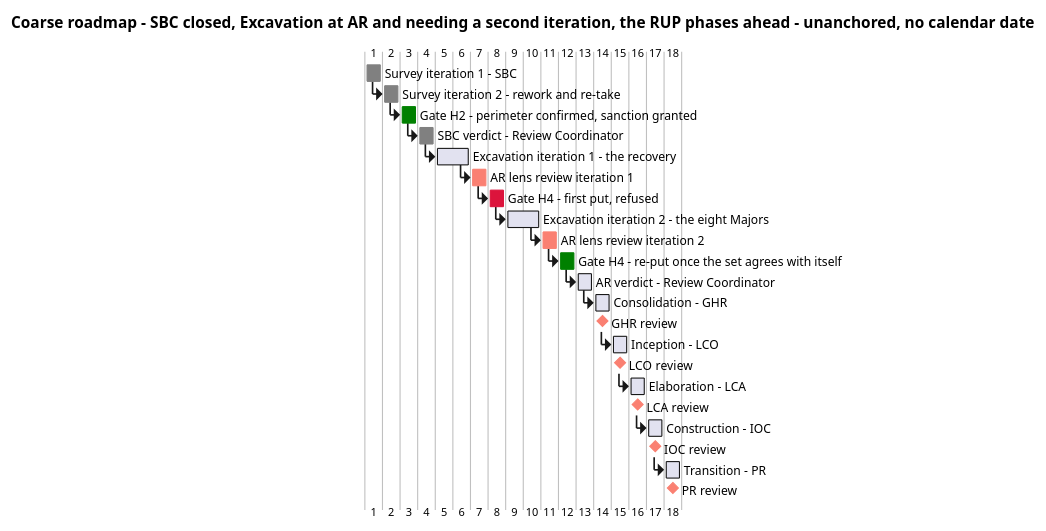
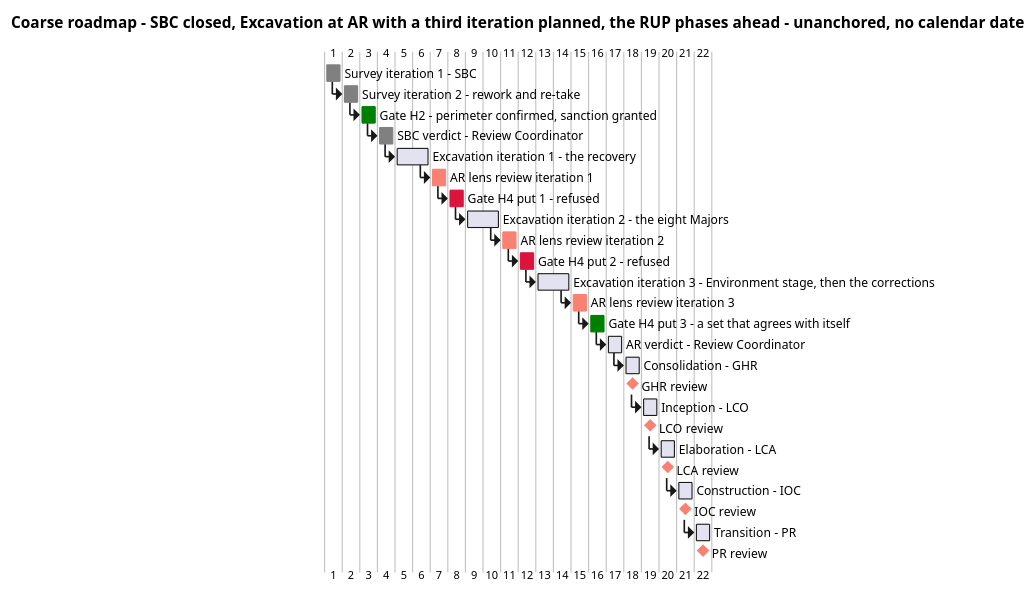
One commit to banense-test/TodoApp changed the first of 10 diagrams in docs/artifacts/project-management/iteration-plan.md. Above: the diagram before and after it, drawn with PlantUML. The commit also changed other lines of this file, not shown here.

First line of the commit message:
Project Manager [Excavation2]: upsert Iteration Plan

````diff
--- a/docs/artifacts/project-management/iteration-plan.md
+++ b/docs/artifacts/project-management/iteration-plan.md
@@ -30,55 +30,63 @@
 ```plantuml
 @startgantt
-title Coarse roadmap - SBC closed, Excavation at AR and needing a second iteration, the RUP phases ahead - unanchored, no calendar date
+title Coarse roadmap - SBC closed, Excavation at AR with a third iteration planned, the RUP phases ahead - unanchored, no calendar date
 
 [Survey iteration 1 - SBC] lasts 1 day
 [Survey iteration 1 - SBC] is colored in Gray
 [Survey iteration 2 - rework and re-take] lasts 1 day
 [Survey iteration 2 - rework and re-take] starts at [Survey iteration 1 - SBC]'s end
 [Survey iteration 2 - rework and re-take] is colored in Gray
 [Gate H2 - perimeter confirmed, sanction granted] lasts 1 day
 [Gate H2 - perimeter confirmed, sanction granted] starts at [Survey iteration 2 - rework and re-take]'s end
 [Gate H2 - perimeter confirmed, sanction granted] is colored in Green
 [SBC verdict - Review Coordinator] lasts 1 day
 [SBC verdict - Review Coordinator] starts at [Gate H2 - perimeter confirmed, sanction granted]'s end
 [SBC verdict - Review Coordinator] is colored in Gray
 [Excavation iteration 1 - the recovery] lasts 2 days
 [Excavation iteration 1 - the recovery] starts at [SBC verdict - Review Coordinator]'s end
 [AR lens review iteration 1] lasts 1 day
 [AR lens review iteration 1] starts at [Excavation iteration 1 - the recovery]'s end
 [AR lens review iteration 1] is colored in Salmon
-[Gate H4 - first put, refused] lasts 1 day
-[Gate H4 - first put, refused] starts at [AR lens review iteration 1]'s end
-[Gate H4 - first put, refused] is colored in Crimson
+[Gate H4 put 1 - refused] lasts 1 day
+[Gate H4 put 1 - refused] starts at [AR lens review iteration 1]'s end
+[Gate H4 put 1 - refused] is colored in Crimson
 [Excavation iteration 2 - the eight Majors] lasts 2 days
-[Excavation iteration 2 - the eight Majors] starts at [Gate H4 - first put, refused]'s end
+[Excavation iteration 2 - the eight Majors] starts at [Gate H4 put 1 - refused]'s end
 [AR lens review iteration 2] lasts 1 day
 [AR lens review iteration 2] starts at [Excavation iteration 2 - the eight Majors]'s end
 [AR lens review iteration 2] is colored in Salmon
-[Gate H4 - re-put once the set agrees with itself] lasts 1 day
-[Gate H4 - re-put once the set agrees with itself] starts at [AR lens review iteration 2]'s end
-[Gate H4 - re-put once the set agrees with itself] is colored in Green
+[Gate H4 put 2 - refused] lasts 1 day
+[Gate H4 put 2 - refused] starts at [AR lens review iteration 2]'s end
+[Gate H4 put 2 - refused] is colored in Crimson
+[Excavation iteration 3 - Environment stage, then the corrections] lasts 2 days
+[Excavation iteration 3 - Environment stage, then the corrections] starts at [Gate H4 put 2 - refused]'s end
+[AR lens review iteration 3] lasts 1 day
+[AR lens review iteration 3] starts at [Excavation iteration 3 - Environment stage, then the corrections]'s end
+[AR lens review iteration 3] is colored in Salmon
+[Gate H4 put 3 - a set that agrees with itself] lasts 1 day
+[Gate H4 put 3 - a set that agrees with itself] starts at [AR lens review iteration 3]'s end
+[Gate H4 put 3 - a set that agrees with itself] is colored in Green
 [AR verdict - Review Coordinator] lasts 1 day
-[AR verdict - Review Coordinator] starts at [Gate H4 - re-put once the set agrees with itself]'s end
+[AR verdict - Review Coordinator] starts at [Gate H4 put 3 - a set that agrees with itself]'s end
 [Consolidation - GHR] lasts 1 day
 [Consolidation - GHR] starts at [AR verdict - Review Coordinator]'s end
 [GHR review] happens at [Consolidation - GHR]'s end
 [GHR review] is colored in Salmon
 [Inception - LCO] lasts 1 day
 [Inception - LCO] starts at [GHR review]'s end
 [LCO review] happens at [Inception - LCO]'s end
 [LCO review] is colored in Salmon
 [Elaboration - LCA] lasts 1 day
 [Elaboration - LCA] starts at [LCO review]'s end
 [LCA review] happens at [Elaboration - LCA]'s end
 [LCA review] is colored in Salmon
 [Construction - IOC] lasts 1 day
 [Construction - IOC] starts at [LCA review]'s end
 [IOC review] happens at [Construction - IOC]'s end
 [IOC review] is colored in Salmon
 [Transition - PR] lasts 1 day
 [Transition - PR] starts at [IOC review]'s end
 [PR review] happens at [Transition - PR]'s end
 [PR review] is colored in Salmon
 @endgantt
 ```
````
